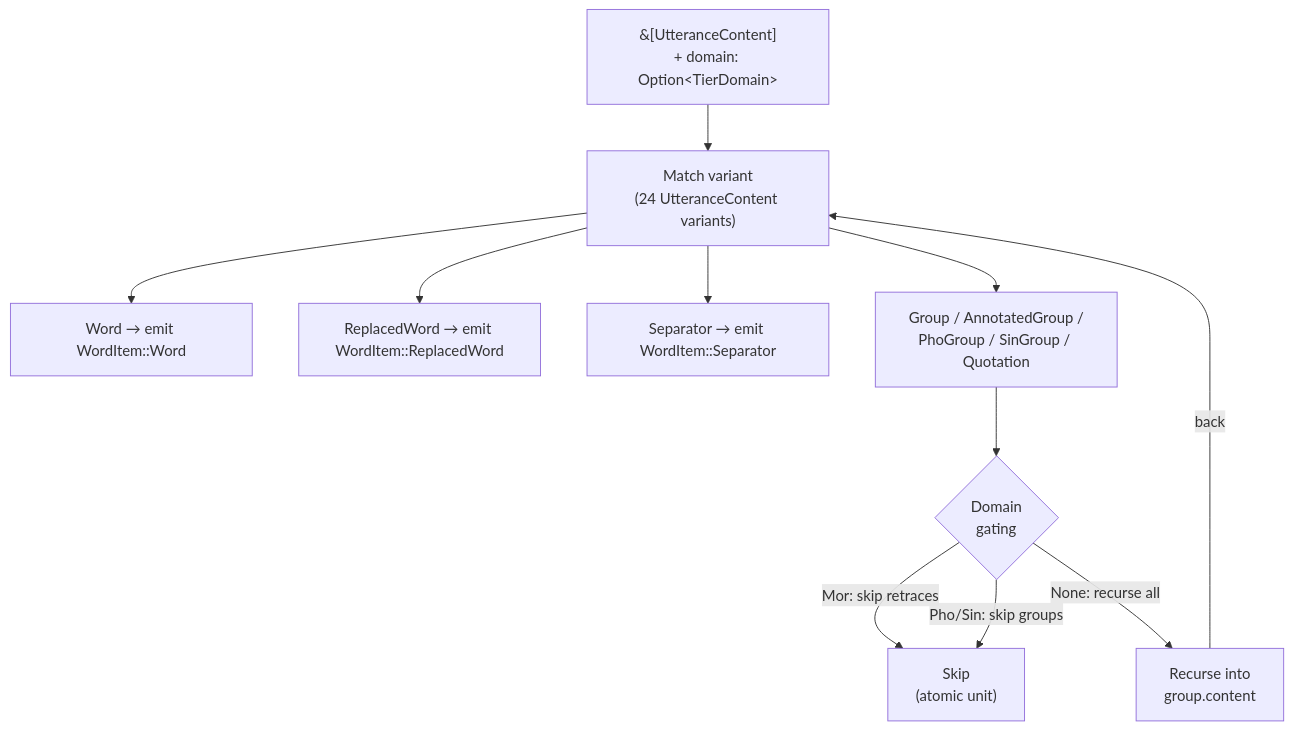
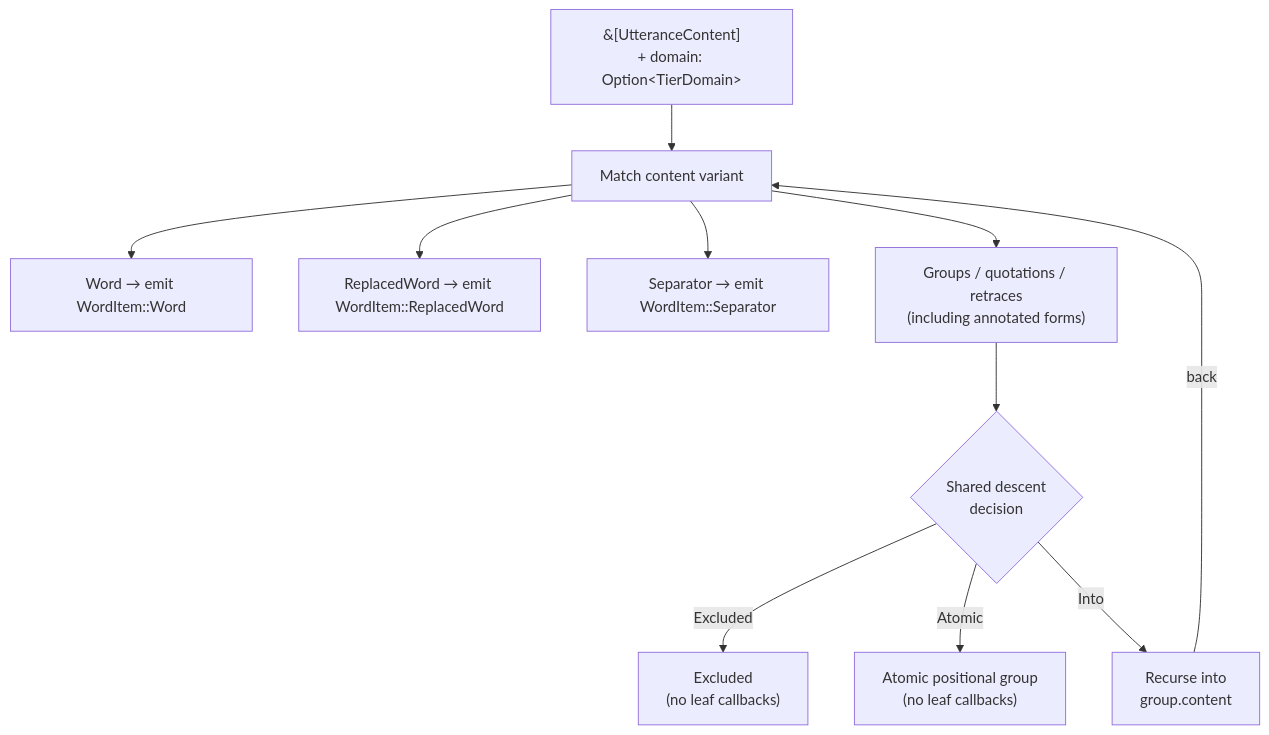
One commit to TalkBank/chatter changed the second of 3 diagrams in book/src/architecture/chat-model/chat-model.md. Above: the diagram before and after it, drawn with Mermaid. The commit also changed other lines of this file and 950 other files, not shown here.

````diff
--- a/book/src/architecture/chat-model/chat-model.md
+++ b/book/src/architecture/chat-model/chat-model.md
@@ -278,20 +299,21 @@
 ```mermaid
 flowchart TD
     input["&[UtteranceContent]\n+ domain: Option&lt;TierDomain&gt;"]
-    dispatch["Match variant\n(24 UtteranceContent variants)"]
+    dispatch["Match content variant"]
     word["Word → emit WordItem::Word"]
     rw["ReplacedWord → emit WordItem::ReplacedWord"]
     sep["Separator → emit WordItem::Separator"]
-    group["Group / AnnotatedGroup /\nPhoGroup / SinGroup / Quotation"]
-    gate{"Domain\ngating"}
-    skip["Skip\n(atomic unit)"]
+    group["Groups / quotations / retraces\n(including annotated forms)"]
+    gate{"Shared descent\ndecision"}
+    excluded["Excluded\n(no leaf callbacks)"]
+    atomic["Atomic positional group\n(no leaf callbacks)"]
     recurse["Recurse into\ngroup.content"]
 
     input --> dispatch
     dispatch --> word & rw & sep & group
     group --> gate
-    gate -->|"Mor: skip retraces"| skip
-    gate -->|"Pho/Sin: skip groups"| skip
-    gate -->|"None: recurse all"| recurse
+    gate -->|"Excluded"| excluded
+    gate -->|"Atomic"| atomic
+    gate -->|"Into"| recurse
     recurse -->|back| dispatch
 ```
````
